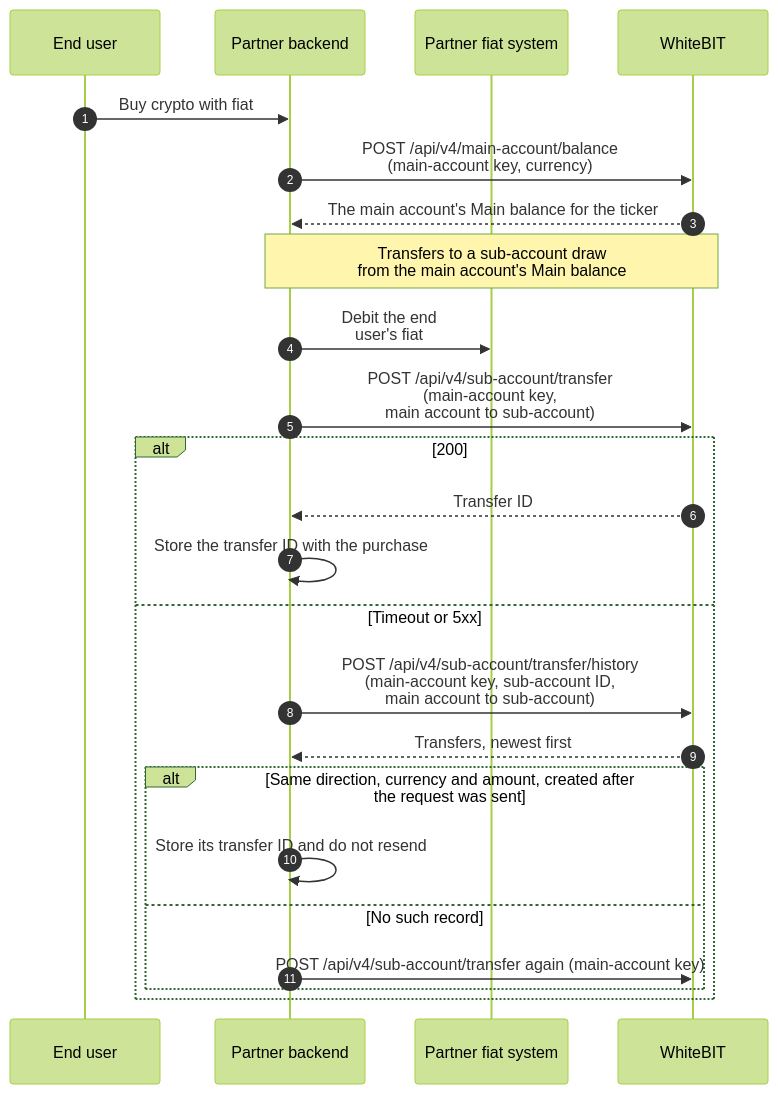
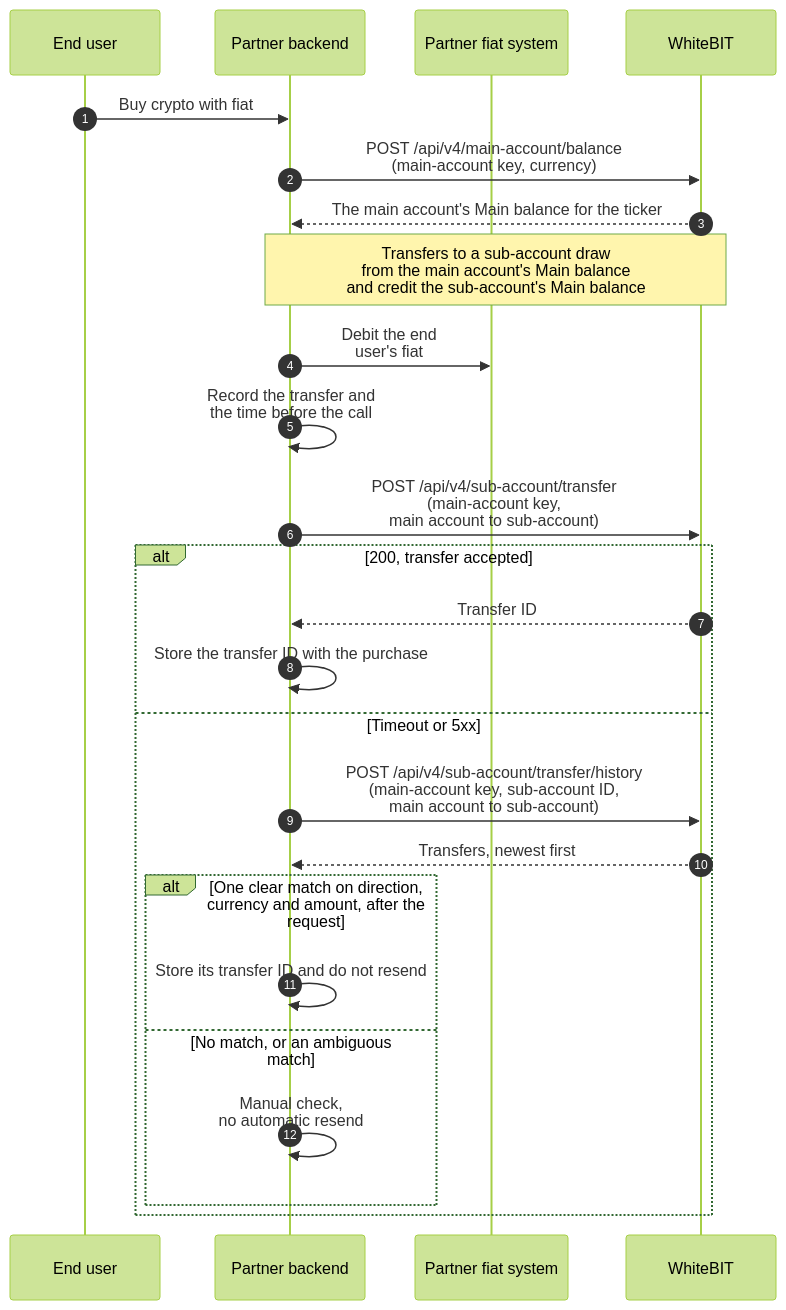
The third of 5 diagrams in guides/waas-integration.mdx (whitebit-exchange/docs), drawn with Mermaid (forest theme) before and after one commit. The commit also changed other lines of this file and 20 other files, not shown here.

First line of the commit message:
docs(api): mark transfers accepted, not settled

````diff
--- a/guides/waas-integration.mdx
+++ b/guides/waas-integration.mdx
@@ -181,27 +187,28 @@
 ```mermaid
 sequenceDiagram
     autonumber
     participant U as End user
     participant P as Partner backend
     participant F as Partner fiat system
     participant W as WhiteBIT
 
     U->>P: Buy crypto with fiat
     P->>W: POST /api/v4/main-account/balance<br/>(main-account key, currency)
     W-->>P: The main account's Main balance for the ticker
-    Note over P,W: Transfers to a sub-account draw<br/>from the main account's Main balance
+    Note over P,W: Transfers to a sub-account draw<br/>from the main account's Main balance<br/>and credit the sub-account's Main balance
     P->>F: Debit the end<br/>user's fiat
+    P->>P: Record the transfer and<br/>the time before the call
     P->>W: POST /api/v4/sub-account/transfer<br/>(main-account key,<br/>main account to sub-account)
-    alt 200
+    alt 200, transfer accepted
         W-->>P: Transfer ID
         P->>P: Store the transfer ID with the purchase
     else Timeout or 5xx
         P->>W: POST /api/v4/sub-account/transfer/history<br/>(main-account key, sub-account ID,<br/>main account to sub-account)
         W-->>P: Transfers, newest first
-        alt Same direction, currency and amount, created after the request was sent
+        alt One clear match on direction, currency and amount, after the request
             P->>P: Store its transfer ID and do not resend
-        else No such record
-            P->>W: POST /api/v4/sub-account/transfer again (main-account key)
+        else No match, or an ambiguous match
+            P->>P: Manual check,<br/>no automatic resend
         end
     end
 ```
````
